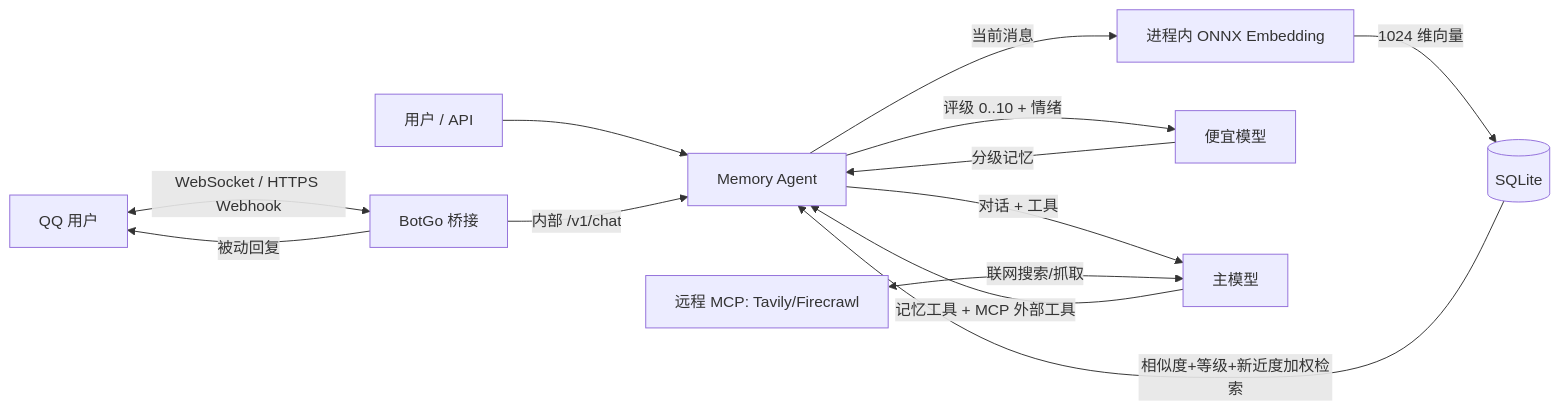
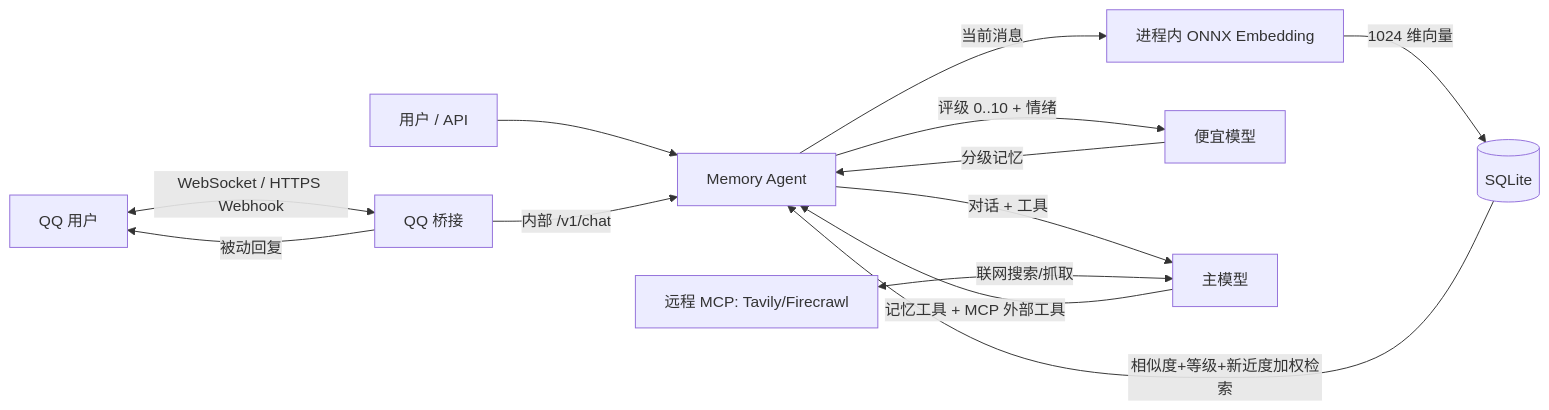
Before and after one commit to VesperGlow/QQ-agent: the diagram in README.md, drawn with Mermaid. The commit also changed other lines of this file and 49 other files, not shown here.

````diff
--- a/README.md
+++ b/README.md
@@ -7,15 +7,15 @@
 ```mermaid
 flowchart LR
     U[用户 / API] --> A[Memory Agent]
     A -->|当前消息| E[进程内 ONNX Embedding]
     E -->|1024 维向量| N[(SQLite)]
     A -->|评级 0..10 + 情绪| S[便宜模型]
     A -->|对话 + 工具| L[主模型]
     S -->|分级记忆| A
     L -->|记忆工具 + MCP 外部工具| A
     M["远程 MCP: Tavily/Firecrawl"] <-->|联网搜索/抓取| L
     N -->|相似度+等级+新近度加权检索| A
-    Q[QQ 用户] <-->|WebSocket / HTTPS Webhook| B[BotGo 桥接]
+    Q[QQ 用户] <-->|WebSocket / HTTPS Webhook| B[QQ 桥接]
     B -->|内部 /v1/chat| A
     B -->|被动回复| Q
 ```
````
